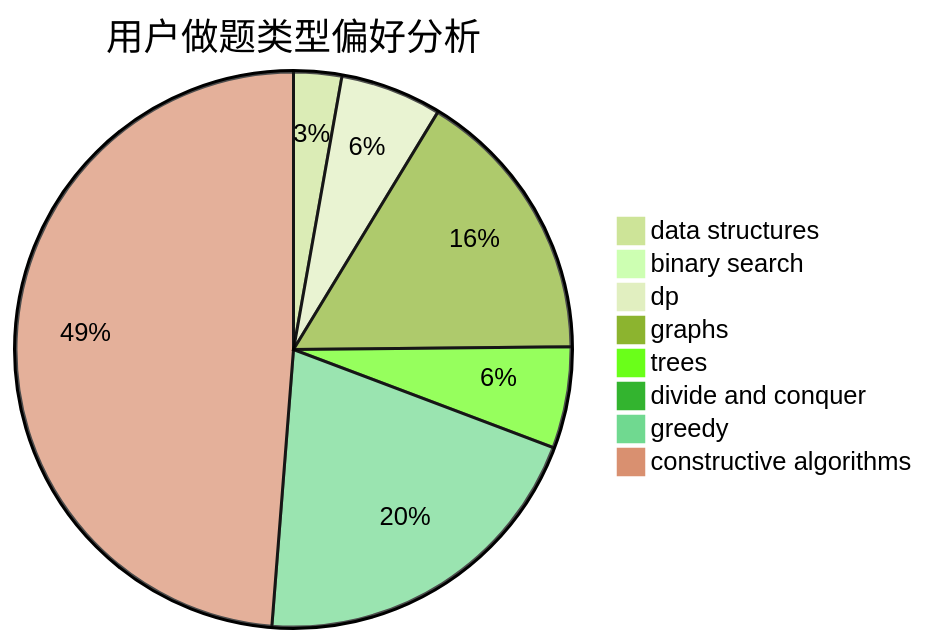
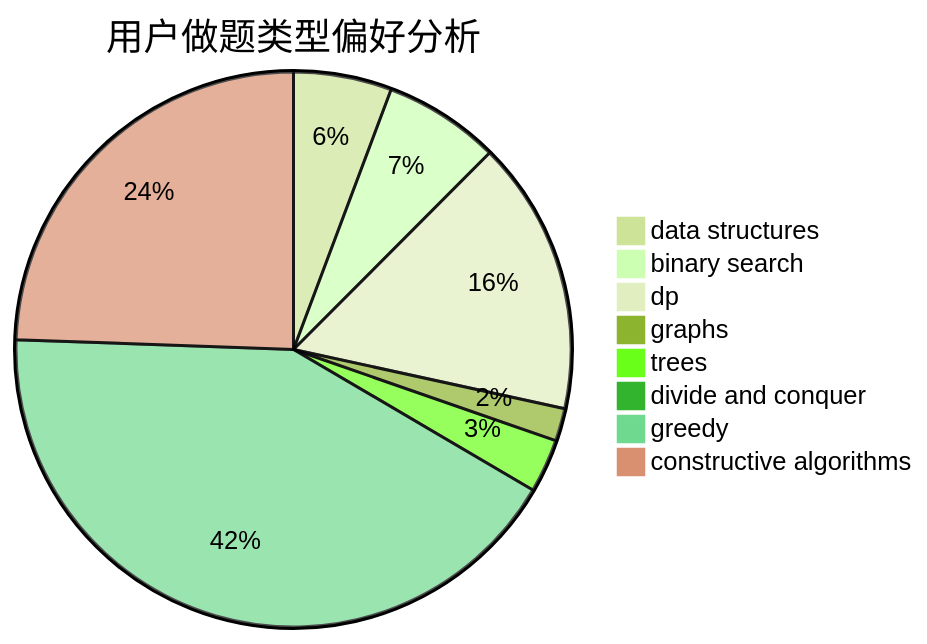
The second of 3 diagrams in docs/user/u2207.md (sherpahu/cfrs.github.io), drawn with Mermaid (forest theme) before and after one commit. The commit also changed other lines of this file and 2770 other files, not shown here.

````diff
--- a/docs/user/u2207.md
+++ b/docs/user/u2207.md
@@ -23,11 +23,11 @@
 ```mermaid
 pie title 用户做题类型偏好分析
-    "data structures" :  9
-    "binary search" :  0
-    "dp" :  19
-    "graphs" :  52
-    "trees" :  19
+    "data structures" :  33
+    "binary search" :  39
+    "dp" :  92
+    "graphs" :  11
+    "trees" :  18
     "divide and conquer" :  0
-    "greedy" :  66
-    "constructive algorithms" :  157
+    "greedy" :  243
+    "constructive algorithms" :  141
 ```
````
